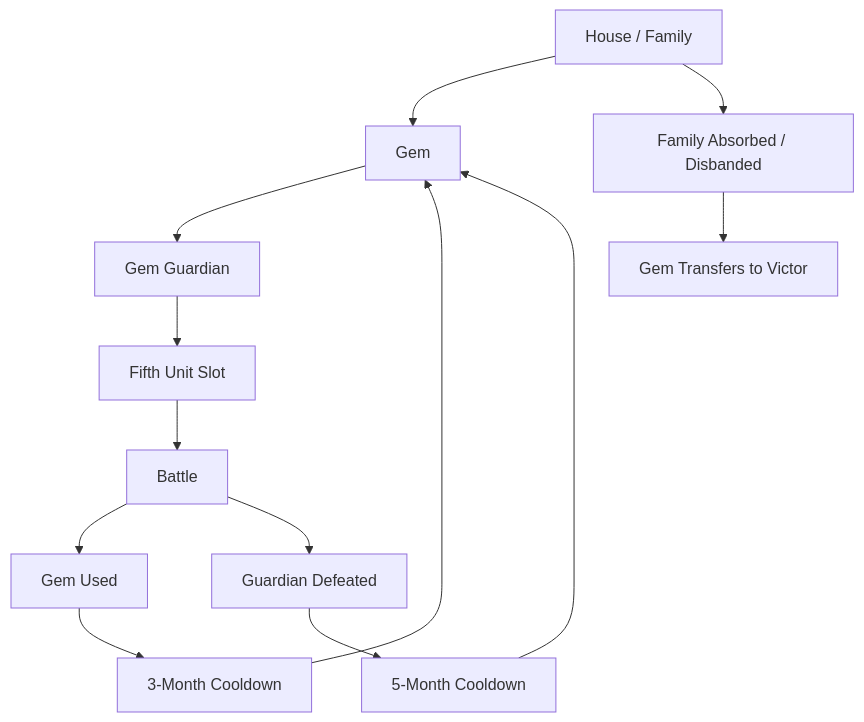
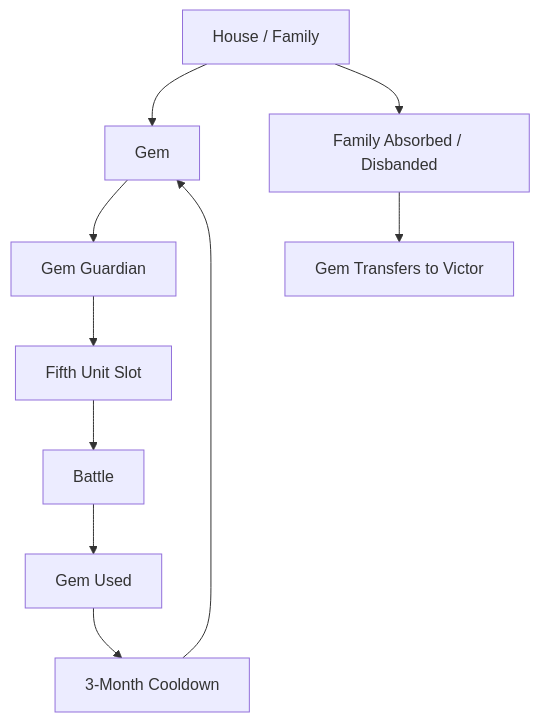
One commit to pslotinsky/kunstkamera changed the fourth of 4 diagrams in gemstorm/docs/spec/07-gem-system.md. Above: the diagram before and after it, drawn with Mermaid. The commit also changed other lines of this file and 11 other files, not shown here.

Commit message:
feat(gemstorm): rework Fifth Units, Gem rest, and abandoned land after battle

````diff
--- a/gemstorm/docs/spec/07-gem-system.md
+++ b/gemstorm/docs/spec/07-gem-system.md
@@ -417,19 +411,15 @@
 ```mermaid
 flowchart TD
     House["House / Family"] --> Gem
     Gem --> Guardian["Gem Guardian"]
     Guardian --> FifthUnit["Fifth Unit Slot"]
     FifthUnit --> Battle
 
     Battle --> Used["Gem Used"]
     Used --> Cooldown["3-Month Cooldown"]
 
-    Battle --> Defeated["Guardian Defeated"]
-    Defeated --> LongCooldown["5-Month Cooldown"]
-
     Cooldown --> Gem
-    LongCooldown --> Gem
 
     House --> Collapse["Family Absorbed / Disbanded"]
     Collapse --> Transfer["Gem Transfers to Victor"]
 ```
````
